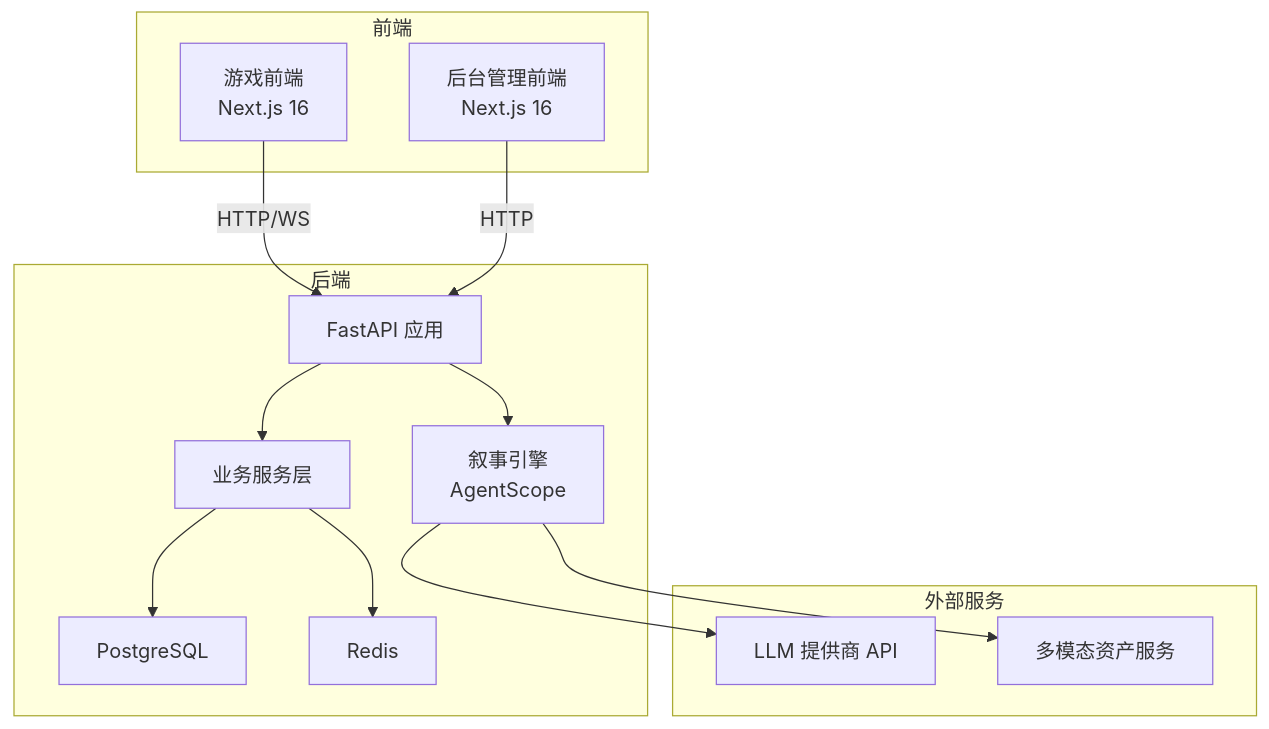
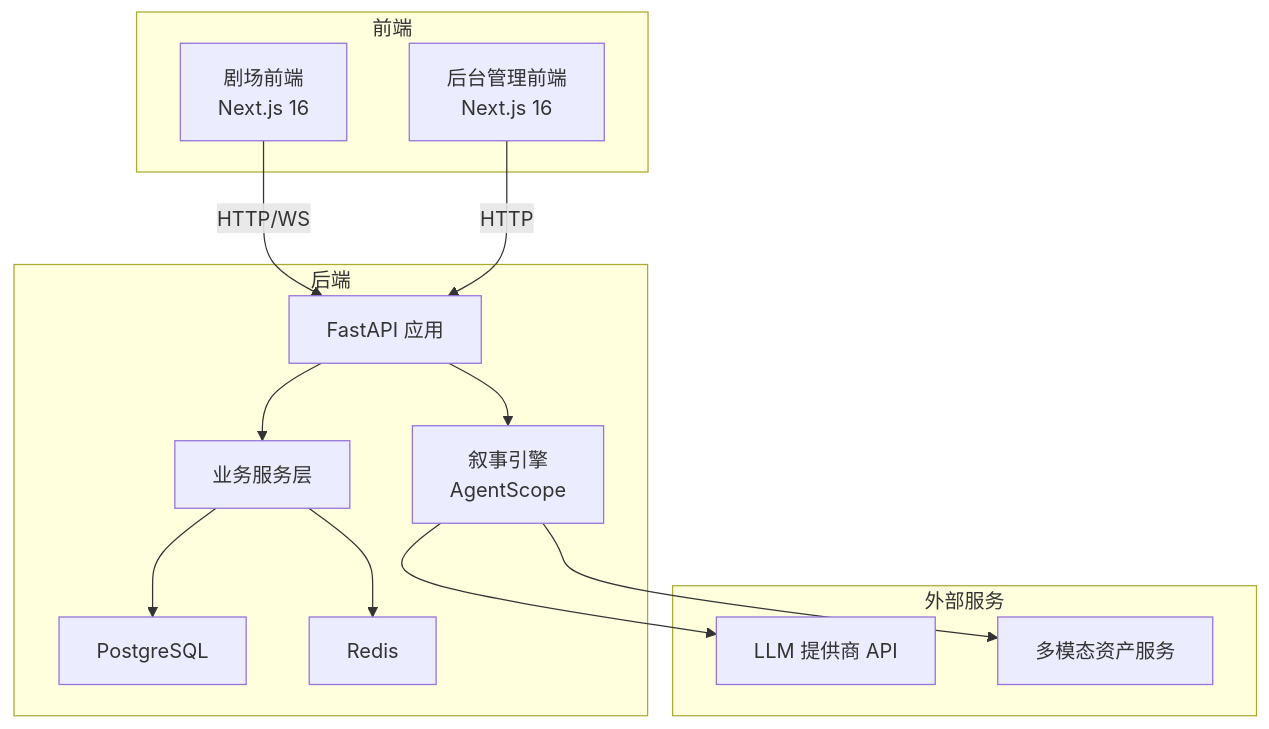
Before and after one commit to KunLabAI/KunFlix: the first of 9 diagrams in .qoder/repowiki/zh/content/系统架构/整体设计.md, drawn with Mermaid. The commit also changed other lines of this file and 112 other files, not shown here.

````diff
--- a/.qoder/repowiki/zh/content/系统架构/整体设计.md
+++ b/.qoder/repowiki/zh/content/系统架构/整体设计.md
@@ -43,26 +43,26 @@
 ```mermaid
 graph TB
 subgraph "前端"
-FE_Game["游戏前端<br/>Next.js 16"]
+FE_Theater["剧场前端<br/>Next.js 16"]
 FE_Admin["后台管理前端<br/>Next.js 16"]
 end
 subgraph "后端"
 BE_API["FastAPI 应用"]
 BE_Svc["业务服务层"]
 BE_DB["PostgreSQL"]
 BE_Redis["Redis"]
 BE_Agent["叙事引擎<br/>AgentScope"]
 end
 subgraph "外部服务"
 LLM["LLM 提供商 API"]
 Assets["多模态资产服务"]
 end
-FE_Game --> |"HTTP/WS"| BE_API
+FE_Theater --> |"HTTP/WS"| BE_API
 FE_Admin --> |"HTTP"| BE_API
 BE_API --> BE_Svc
 BE_Svc --> BE_DB
 BE_Svc --> BE_Redis
 BE_API --> BE_Agent
 BE_Agent --> LLM
 BE_Agent --> Assets
 ```
````
